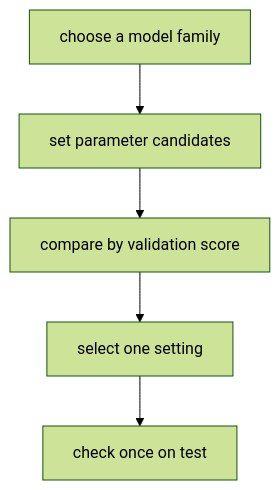
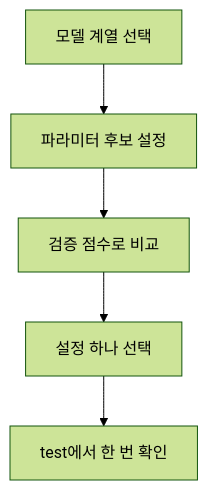
The first of 4 diagrams in docs/parts/part-04/chapter-09/section-02.md (devchan64/AiBook), drawn with Mermaid (forest theme) before and after one commit. The commit also changed other lines of this file and 138 other files, not shown here.

````diff
--- a/docs/parts/part-04/chapter-09/section-02.md
+++ b/docs/parts/part-04/chapter-09/section-02.md
@@ -92,10 +92,10 @@
 ```mermaid
 flowchart TD
-  A["choose a model family"]
-  B["set parameter candidates"]
-  C["compare by validation score"]
-  D["select one setting"]
-  E["check once on test"]
+  A["모델 계열 선택"]
+  B["파라미터 후보 설정"]
+  C["검증 점수로 비교"]
+  D["설정 하나 선택"]
+  E["test에서 한 번 확인"]
 
   A --> B --> C --> D --> E
 ```
````
